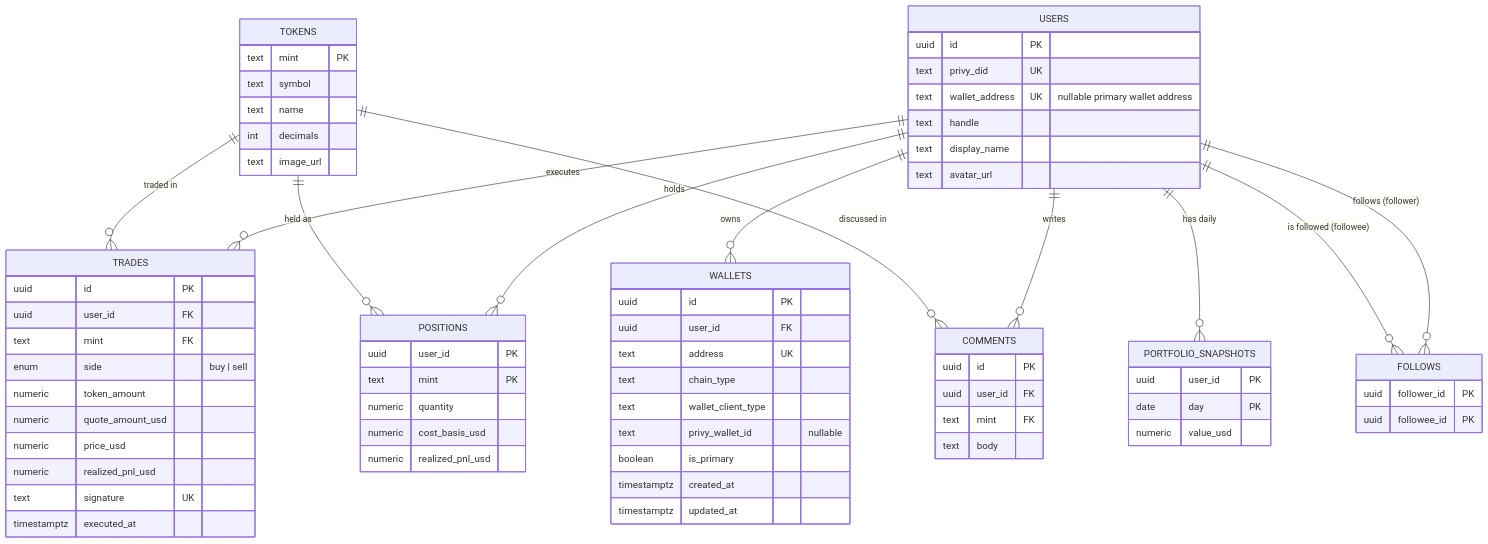
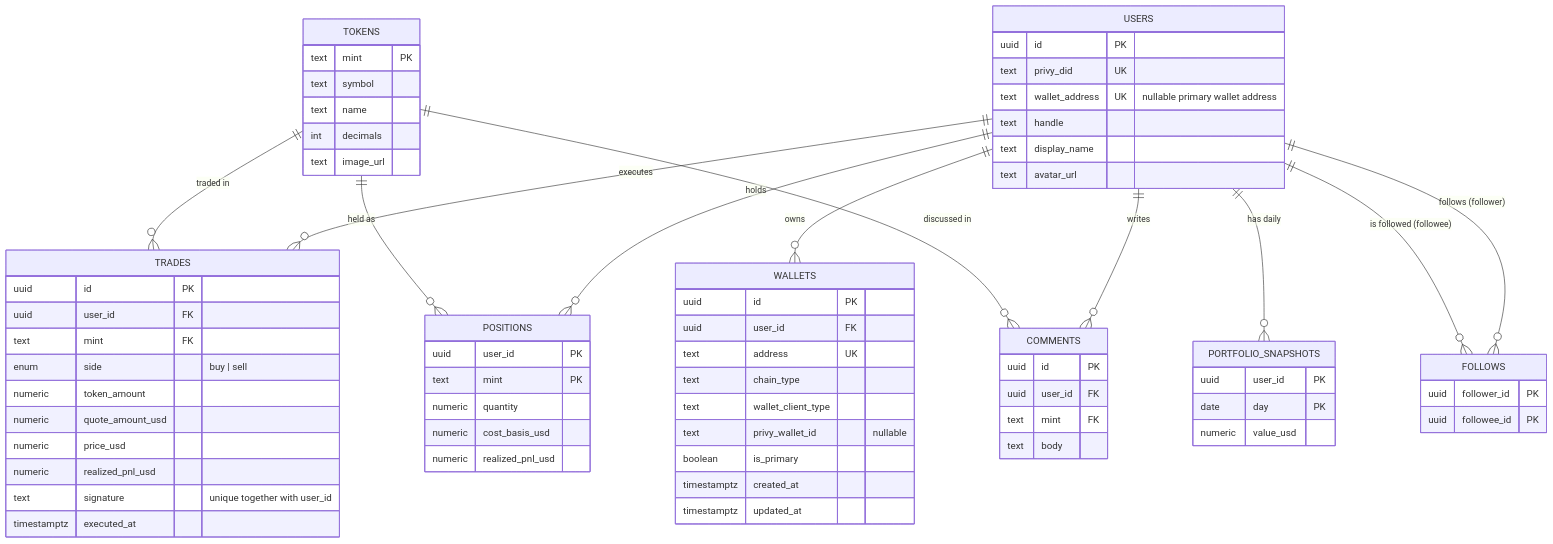
The first of 2 diagrams in docs/data-model.md (jog01/agele), drawn with Mermaid before and after one commit. The commit also changed other lines of this file and 3 other files, not shown here.

````diff
--- a/docs/data-model.md
+++ b/docs/data-model.md
@@ -5,74 +5,74 @@
 ```mermaid
 erDiagram
   USERS ||--o{ TRADES : executes
   USERS ||--o{ WALLETS : owns
   USERS ||--o{ POSITIONS : holds
   USERS ||--o{ PORTFOLIO_SNAPSHOTS : "has daily"
   USERS ||--o{ COMMENTS : writes
   USERS ||--o{ FOLLOWS : "follows (follower)"
   USERS ||--o{ FOLLOWS : "is followed (followee)"
   TOKENS ||--o{ TRADES : "traded in"
   TOKENS ||--o{ POSITIONS : "held as"
   TOKENS ||--o{ COMMENTS : "discussed in"
 
   USERS {
     uuid id PK
     text privy_did UK
     text wallet_address UK "nullable primary wallet address"
     text handle
     text display_name
     text avatar_url
   }
   TOKENS {
     text mint PK
     text symbol
     text name
     int decimals
     text image_url
   }
   WALLETS {
     uuid id PK
     uuid user_id FK
     text address UK
     text chain_type
     text wallet_client_type
     text privy_wallet_id "nullable"
     boolean is_primary
     timestamptz created_at
     timestamptz updated_at
   }
   TRADES {
     uuid id PK
     uuid user_id FK
     text mint FK
     enum side "buy | sell"
     numeric token_amount
     numeric quote_amount_usd
     numeric price_usd
     numeric realized_pnl_usd
-    text signature UK
+    text signature "unique together with user_id"
     timestamptz executed_at
   }
   POSITIONS {
     uuid user_id PK
     text mint PK
     numeric quantity
     numeric cost_basis_usd
     numeric realized_pnl_usd
   }
   PORTFOLIO_SNAPSHOTS {
     uuid user_id PK
     date day PK
     numeric value_usd
   }
   COMMENTS {
     uuid id PK
     uuid user_id FK
     text mint FK
     text body
   }
   FOLLOWS {
     uuid follower_id PK
     uuid followee_id PK
   }
 ```
````
